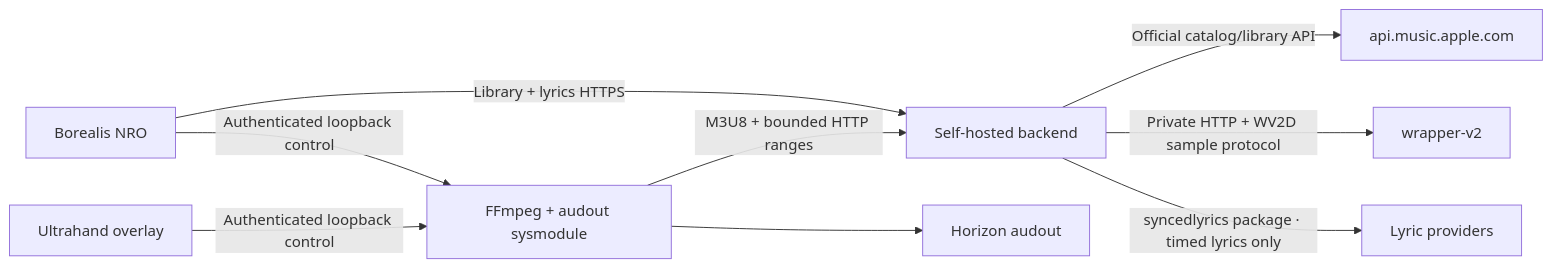
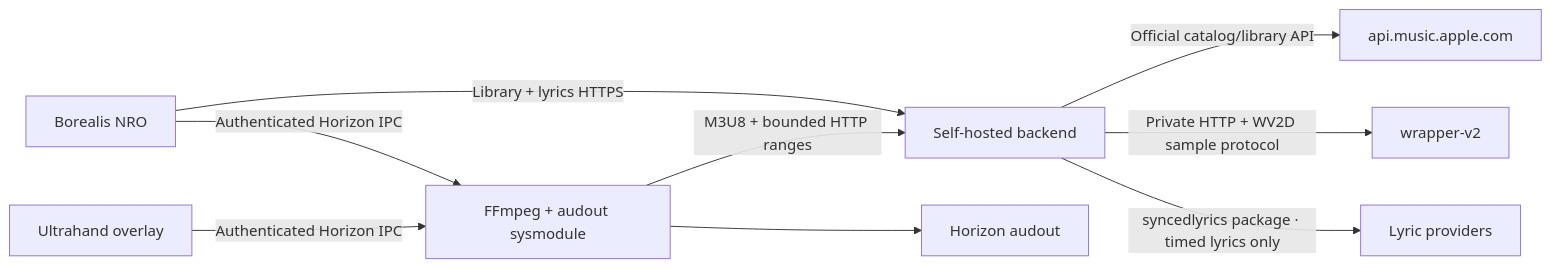
The diagram in docs/ARCHITECTURE.md (jvrcruzGAMES/SwitchAppleMusic), drawn with Mermaid before and after one commit. The commit also changed other lines of this file and 23 other files, not shown here.

Commit message:
Replace loopback controls with Horizon IPC and fix streamed playback

````diff
--- a/docs/ARCHITECTURE.md
+++ b/docs/ARCHITECTURE.md
@@ -3,11 +3,11 @@
 ```mermaid
 flowchart LR
   NRO["Borealis NRO"] -->|"Library + lyrics HTTPS"| API["Self-hosted backend"]
-  NRO -->|"Authenticated loopback control"| SYS["FFmpeg + audout sysmodule"]
-  OVL["Ultrahand overlay"] -->|"Authenticated loopback control"| SYS
+  NRO -->|"Authenticated Horizon IPC"| SYS["FFmpeg + audout sysmodule"]
+  OVL["Ultrahand overlay"] -->|"Authenticated Horizon IPC"| SYS
   SYS -->|"M3U8 + bounded HTTP ranges"| API
   API -->|"Official catalog/library API"| APPLE["api.music.apple.com"]
   API -->|"Private HTTP + WV2D sample protocol"| WRAP["wrapper-v2"]
   API -->|"syncedlyrics package · timed lyrics only"| LRC["Lyric providers"]
   SYS --> AUDIO["Horizon audout"]
 ```
````
